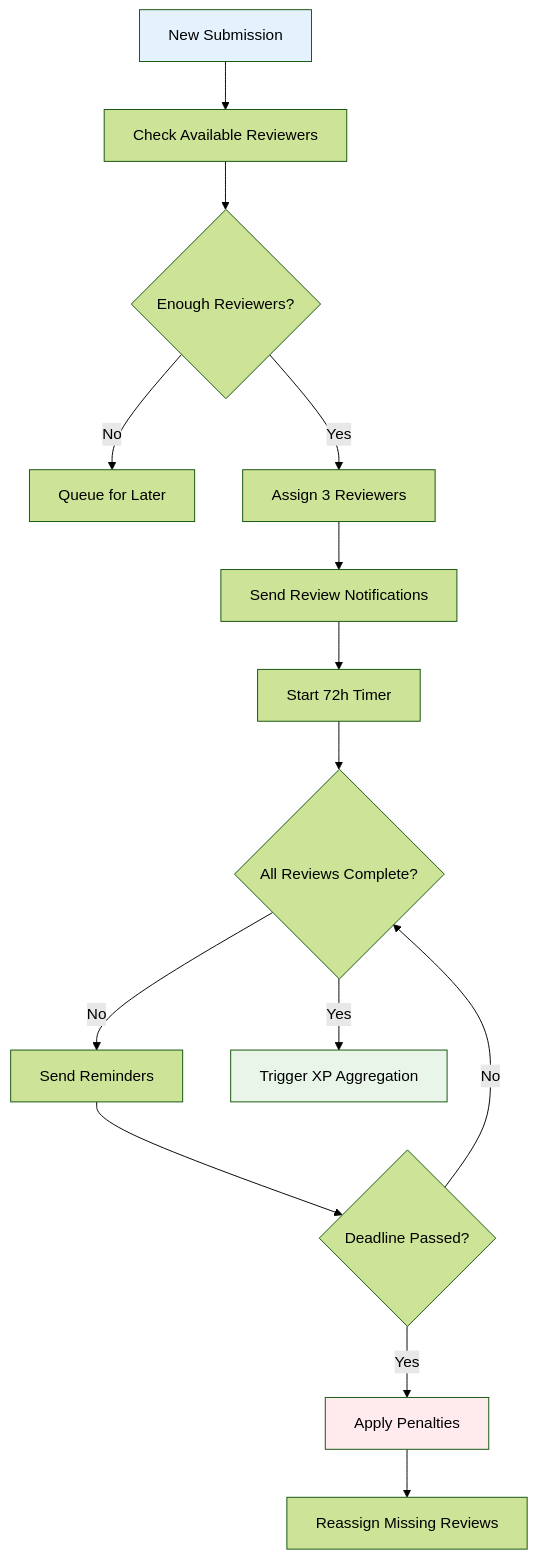
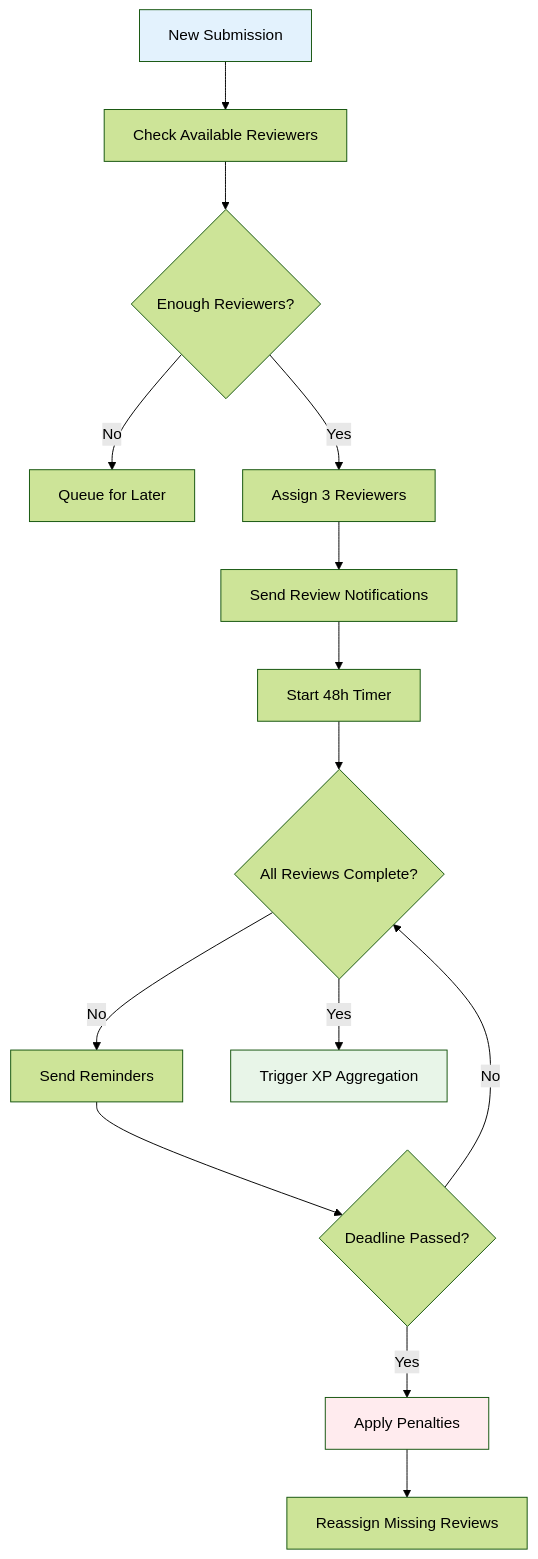
One commit to dimzachar/ScholarsXP changed the tenth of 10 diagrams in ARCHITECTURE.md. Above: the diagram before and after it, drawn with Mermaid (forest theme). The commit also changed other lines of this file and 12 other files, not shown here.

````diff
--- a/ARCHITECTURE.md
+++ b/ARCHITECTURE.md
@@ -600,20 +600,20 @@
 ```mermaid
 flowchart TD
     A[New Submission] --> B[Check Available Reviewers]
     B --> C{Enough Reviewers?}
     C -->|No| D[Queue for Later]
     C -->|Yes| E[Assign 3 Reviewers]
     E --> F[Send Review Notifications]
-    F --> G[Start 72h Timer]
+    F --> G[Start 48h Timer]
     G --> H{All Reviews Complete?}
     H -->|No| I[Send Reminders]
     H -->|Yes| J[Trigger XP Aggregation]
     I --> K{Deadline Passed?}
     K -->|No| H
     K -->|Yes| L[Apply Penalties]
     L --> M[Reassign Missing Reviews]
 
     style A fill:#e3f2fd
     style J fill:#e8f5e8
     style L fill:#ffebee
 ```
````
